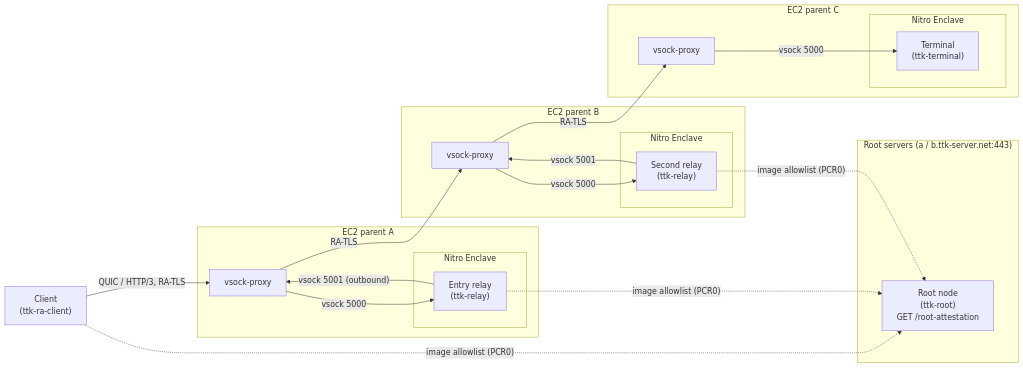
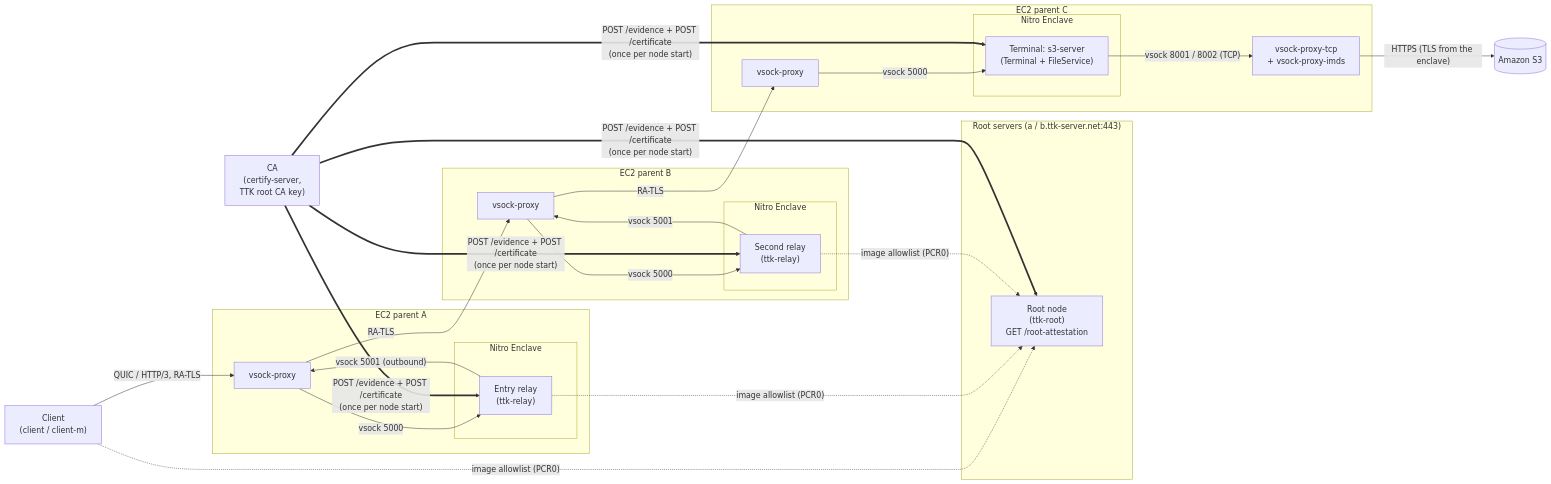
Before and after one commit to Lanetus/TTKServer: the first of 11 diagrams in docs/src/ARCHITECTURE.md, drawn with Mermaid. The commit also changed other lines of this file and 14 other files, not shown here.

First line of the commit message:
feat: update the mdBook architecture docs to the current workspace (#94)

````diff
--- a/docs/src/ARCHITECTURE.md
+++ b/docs/src/ARCHITECTURE.md
@@ -31,42 +35,49 @@
 ```mermaid
 flowchart LR
-    C["Client<br/>(ttk-ra-client)"]
+    C["Client<br/>(client / client-m)"]
+    CA["CA<br/>(certify-server,<br/>TTK root CA key)"]
 
     subgraph ROOTS["Root servers (a / b.ttk-server.net:443)"]
         RT["Root node<br/>(ttk-root)<br/>GET /root-attestation"]
     end
 
     subgraph EC2A["EC2 parent A"]
         PA["vsock-proxy"]
         subgraph ENA["Nitro Enclave"]
             R1["Entry relay<br/>(ttk-relay)"]
         end
     end
 
     subgraph EC2B["EC2 parent B"]
         PB["vsock-proxy"]
         subgraph ENB["Nitro Enclave"]
             R2["Second relay<br/>(ttk-relay)"]
         end
     end
 
     subgraph EC2C["EC2 parent C"]
         PC["vsock-proxy"]
+        PT["vsock-proxy-tcp<br/>+ vsock-proxy-imds"]
         subgraph ENC["Nitro Enclave"]
-            T["Terminal<br/>(ttk-terminal)"]
+            T["Terminal: s3-server<br/>(Terminal + FileService)"]
         end
     end
+
+    S3[("Amazon S3")]
 
     C -- "QUIC / HTTP/3, RA-TLS" --> PA
     PA -- "vsock 5000" --> R1
     R1 -- "vsock 5001 (outbound)" --> PA
     PA -- "RA-TLS" --> PB
     PB -- "vsock 5000" --> R2
     R2 -- "vsock 5001" --> PB
     PB -- "RA-TLS" --> PC
     PC -- "vsock 5000" --> T
+    T -- "vsock 8001 / 8002 (TCP)" --> PT
+    PT -- "HTTPS (TLS from the enclave)" --> S3
 
     C -. "image allowlist (PCR0)" .-> RT
     R1 -. "image allowlist (PCR0)" .-> RT
     R2 -. "image allowlist (PCR0)" .-> RT
+    CA == "POST /evidence + POST /certificate<br/>(once per node start)" ==> RT & R1 & R2 & T
 ```
````
